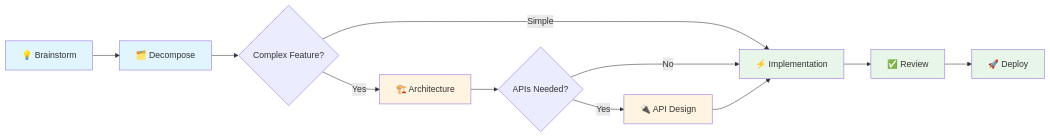
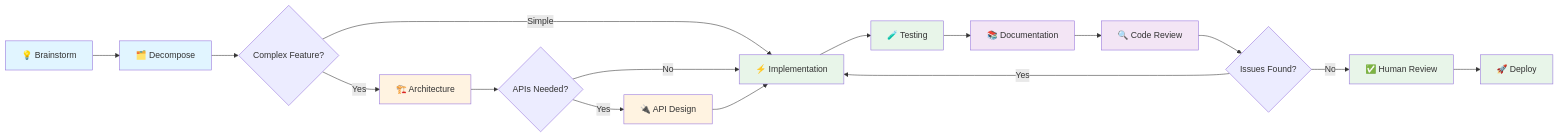
The diagram in .github/agents/WORKFLOW.md (mardin101/agent-first-template), drawn with Mermaid before and after one commit. The commit also changed other lines of this file and 2 other files, not shown here.

Commit message:
Update documentation to include QA agents

````diff
--- a/.github/agents/WORKFLOW.md
+++ b/.github/agents/WORKFLOW.md
@@ -9,21 +9,29 @@
 ```mermaid
 graph LR
     A[💡 Brainstorm] --> B[🗂️ Decompose]
     B --> C{Complex Feature?}
     C -->|Yes| D[🏗️ Architecture]
     C -->|Simple| F[⚡ Implementation]
     D --> E{APIs Needed?}
     E -->|Yes| G[🔌 API Design]
     E -->|No| F
     G --> F
-    F --> H[✅ Review]
-    H --> I[🚀 Deploy]
+    F --> H[🧪 Testing]
+    H --> I[📚 Documentation]
+    I --> J[🔍 Code Review]
+    J --> K{Issues Found?}
+    K -->|Yes| F
+    K -->|No| L[✅ Human Review]
+    L --> M[🚀 Deploy]
     
     style A fill:#e1f5ff
     style B fill:#e1f5ff
     style D fill:#fff3e1
     style G fill:#fff3e1
     style F fill:#e8f5e9
     style H fill:#e8f5e9
-    style I fill:#e8f5e9
+    style I fill:#f3e5f5
+    style J fill:#f3e5f5
+    style L fill:#e8f5e9
+    style M fill:#e8f5e9
 ```
````
